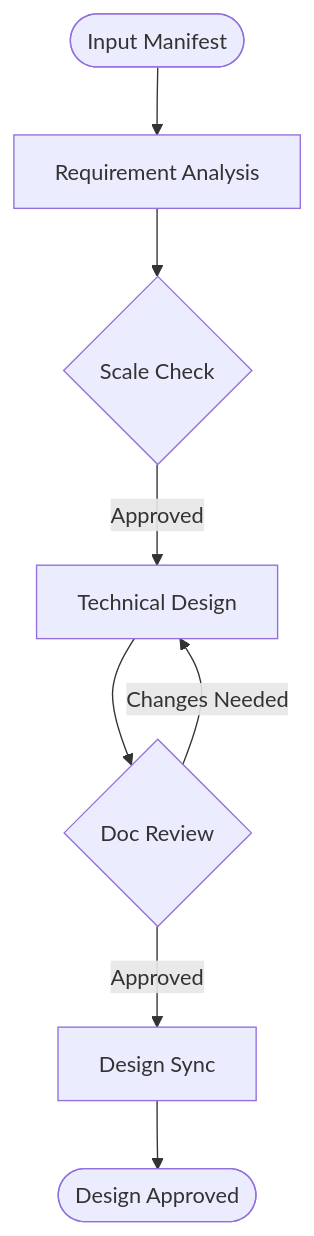
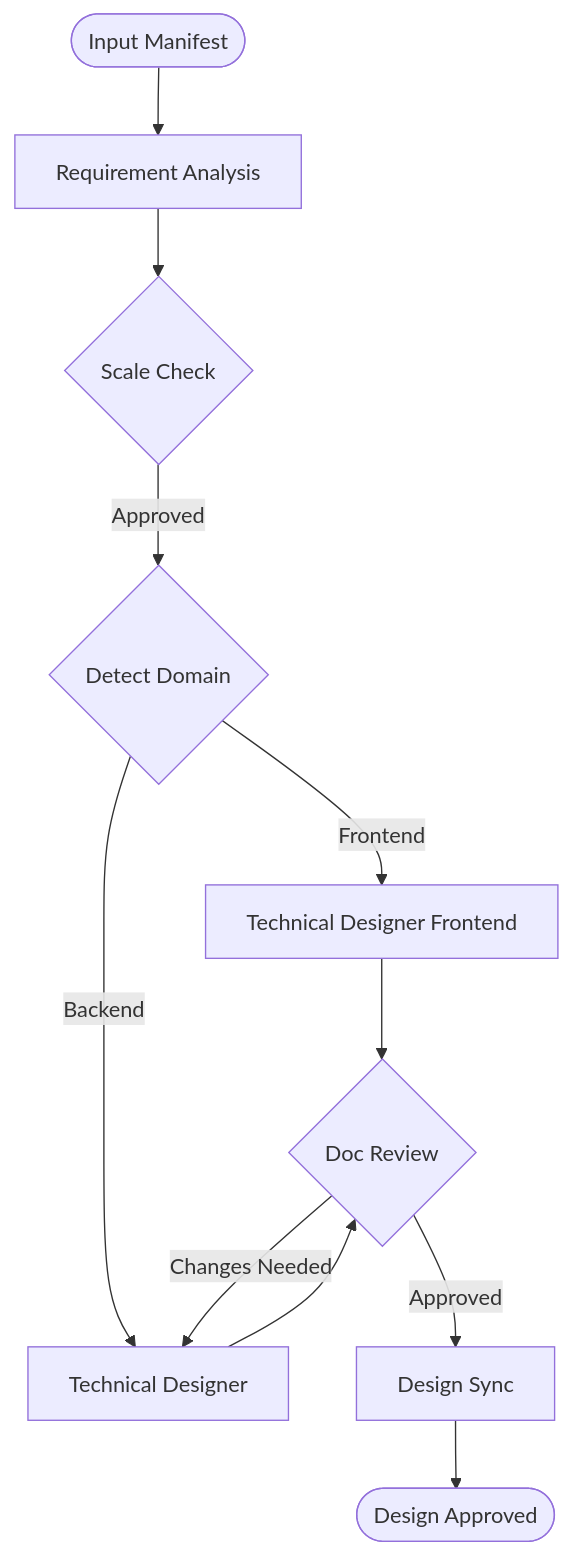
Before and after one commit to RimmonXIA/antigravity-workflows: the diagram in .agent/workflows/design.md, drawn with Mermaid. The commit also changed other lines of this file and 9 other files, not shown here.

````diff
--- a/.agent/workflows/design.md
+++ b/.agent/workflows/design.md
@@ -25,12 +25,16 @@
 ```mermaid
 flowchart TD
     Start([Input Manifest]) --> Analyze[Requirement Analysis]
     Analyze --> Gate1{Scale Check}
     
-    Gate1 -- "Approved" --> Design[Technical Design]
-    Design --> Review{Doc Review}
+    Gate1 -- "Approved" --> Detect{Detect Domain}
+    Detect -- "Frontend" --> DesignFront[Technical Designer Frontend]
+    Detect -- "Backend" --> DesignBack[Technical Designer]
     
-    Review -- "Changes Needed" --> Design
+    DesignFront --> Review{Doc Review}
+    DesignBack --> Review
+    
+    Review -- "Changes Needed" --> DesignBack
     Review -- "Approved" --> Sync[Design Sync]
     Sync --> Finish([Design Approved])
 ```
````
